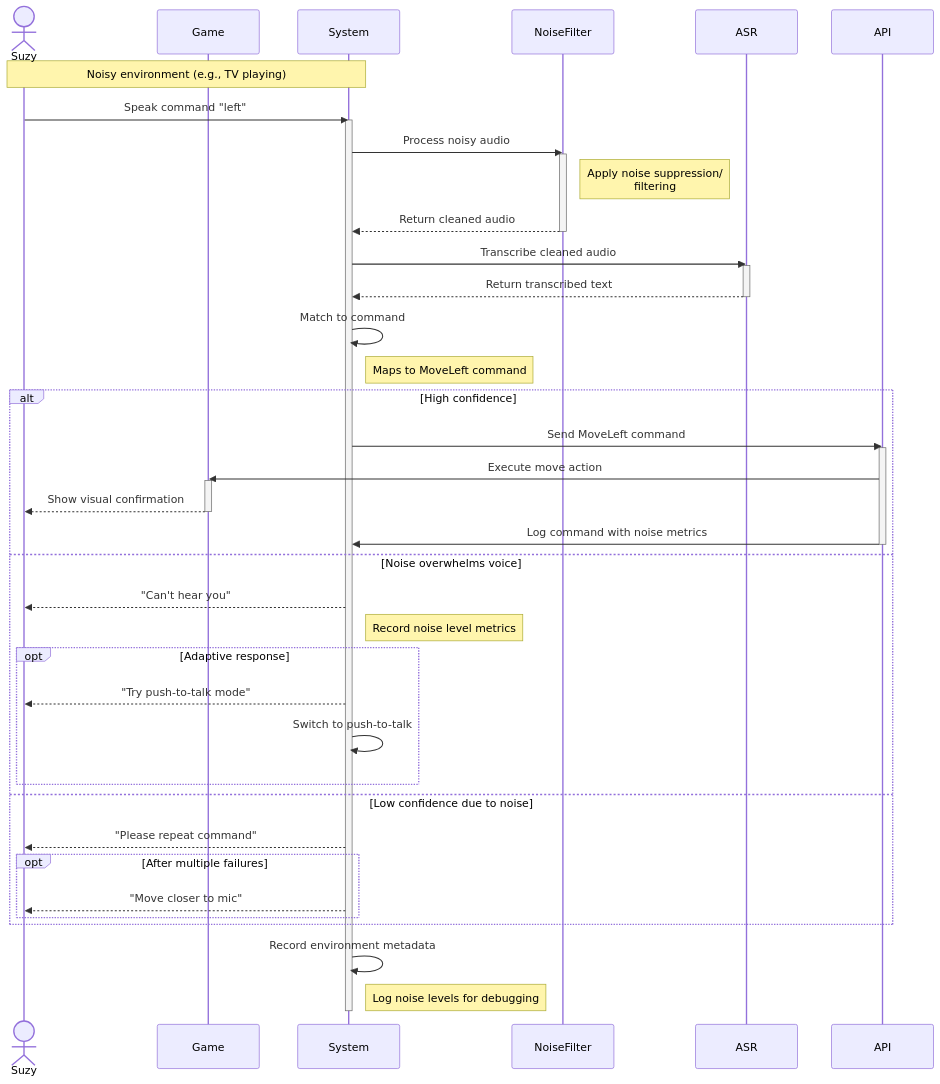
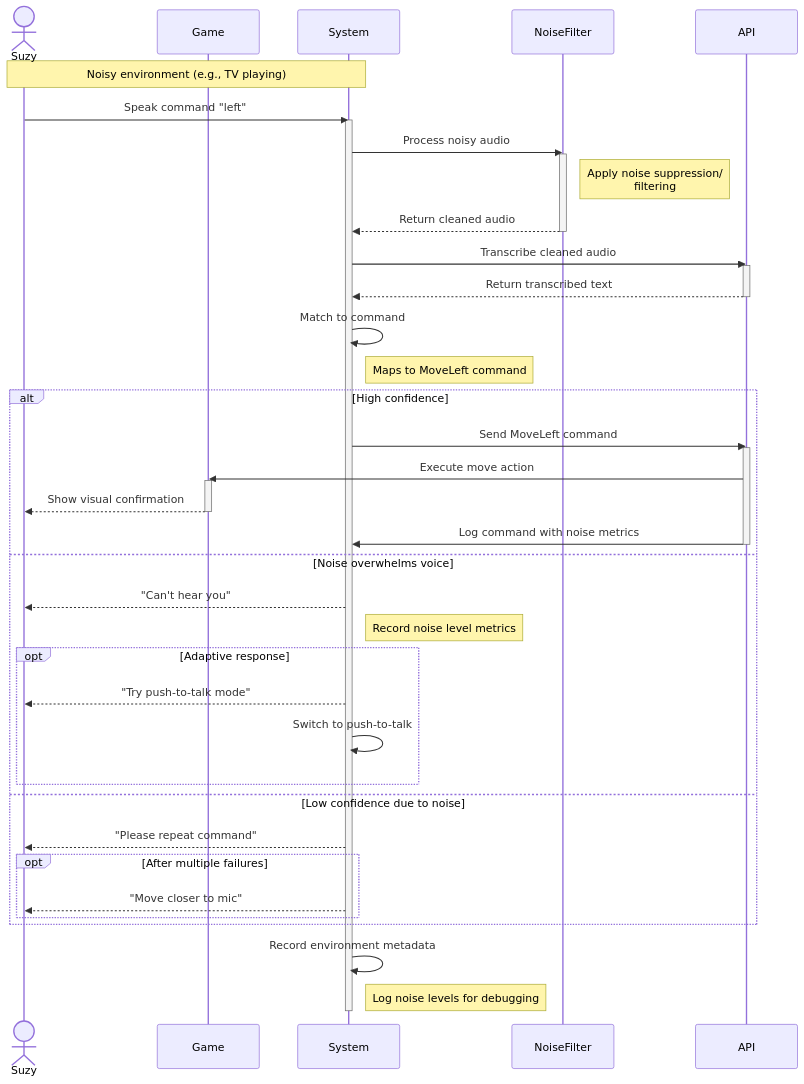
One commit to Capstone-Projects-2025-Fall/project-001-aac-api changed the fourth of 9 diagrams in documentation/docs/system-architecture/sequence-diagrams.md. Above: the diagram before and after it, drawn with Mermaid. The commit also changed other lines of this file and 1 other file, not shown here.

Commit message:
Update Use Case 1 and redraw sequence diagrams

````diff
--- a/documentation/docs/system-architecture/sequence-diagrams.md
+++ b/documentation/docs/system-architecture/sequence-diagrams.md
@@ -263,54 +163,53 @@
 ```mermaid
 sequenceDiagram
     actor Suzy
     participant Game
     participant System
     participant NoiseFilter
-    participant ASR
     participant API
     
     Note over Suzy,System: Noisy environment (e.g., TV playing)
     Suzy->>System: Speak command "left"
     activate System
     
     System->>NoiseFilter: Process noisy audio
     activate NoiseFilter
     Note right of NoiseFilter: Apply noise suppression/<br/>filtering
     NoiseFilter-->>System: Return cleaned audio
     deactivate NoiseFilter
     
-    System->>ASR: Transcribe cleaned audio
-    activate ASR
-    ASR-->>System: Return transcribed text
-    deactivate ASR
+    System->>API: Transcribe cleaned audio
+    activate API
+    API-->>System: Return transcribed text
+    deactivate API
     
     System->>System: Match to command
     Note right of System: Maps to MoveLeft command
     
     alt High confidence
         System->>API: Send MoveLeft command
         activate API
         API->>Game: Execute move action
         activate Game
         Game-->>Suzy: Show visual confirmation
         deactivate Game
         API->>System: Log command with noise metrics
         deactivate API
     else Noise overwhelms voice
         System-->>Suzy: "Can't hear you"
         Note right of System: Record noise level metrics
         opt Adaptive response
             System-->>Suzy: "Try push-to-talk mode"
             System->>System: Switch to push-to-talk
         end
     else Low confidence due to noise
         System-->>Suzy: "Please repeat command"
         opt After multiple failures
             System-->>Suzy: "Move closer to mic"
         end
     end
     
     System->>System: Record environment metadata
     Note right of System: Log noise levels for debugging
     deactivate System
 ```
````
